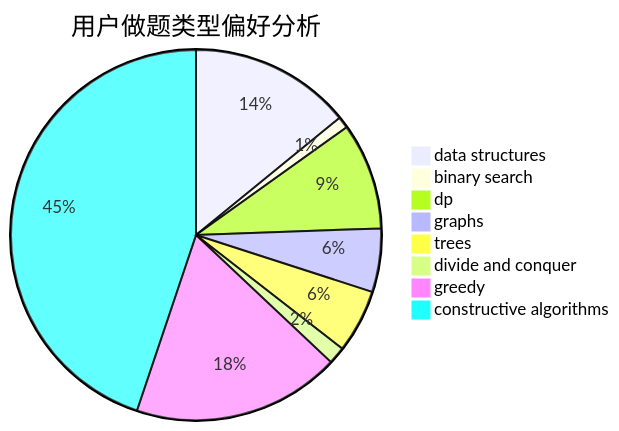
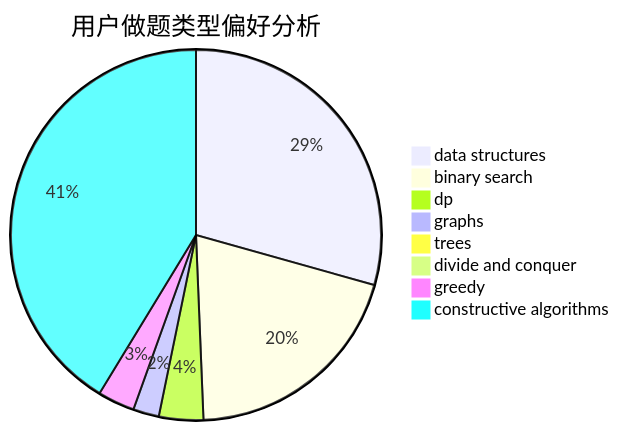
The second of 3 diagrams in docs/user/u150.md (sherpahu/cfrs.github.io), drawn with Mermaid before and after one commit. The commit also changed other lines of this file and 2770 other files, not shown here.

````diff
--- a/docs/user/u150.md
+++ b/docs/user/u150.md
@@ -23,11 +23,11 @@
 ```mermaid
 pie title 用户做题类型偏好分析
-    "data structures" :  56
-    "binary search" :  4
-    "dp" :  37
-    "graphs" :  22
-    "trees" :  22
-    "divide and conquer" :  6
-    "greedy" :  72
-    "constructive algorithms" :  178
+    "data structures" :  91
+    "binary search" :  62
+    "dp" :  12
+    "graphs" :  7
+    "trees" :  3
+    "divide and conquer" :  0
+    "greedy" :  10
+    "constructive algorithms" :  128
 ```
````
